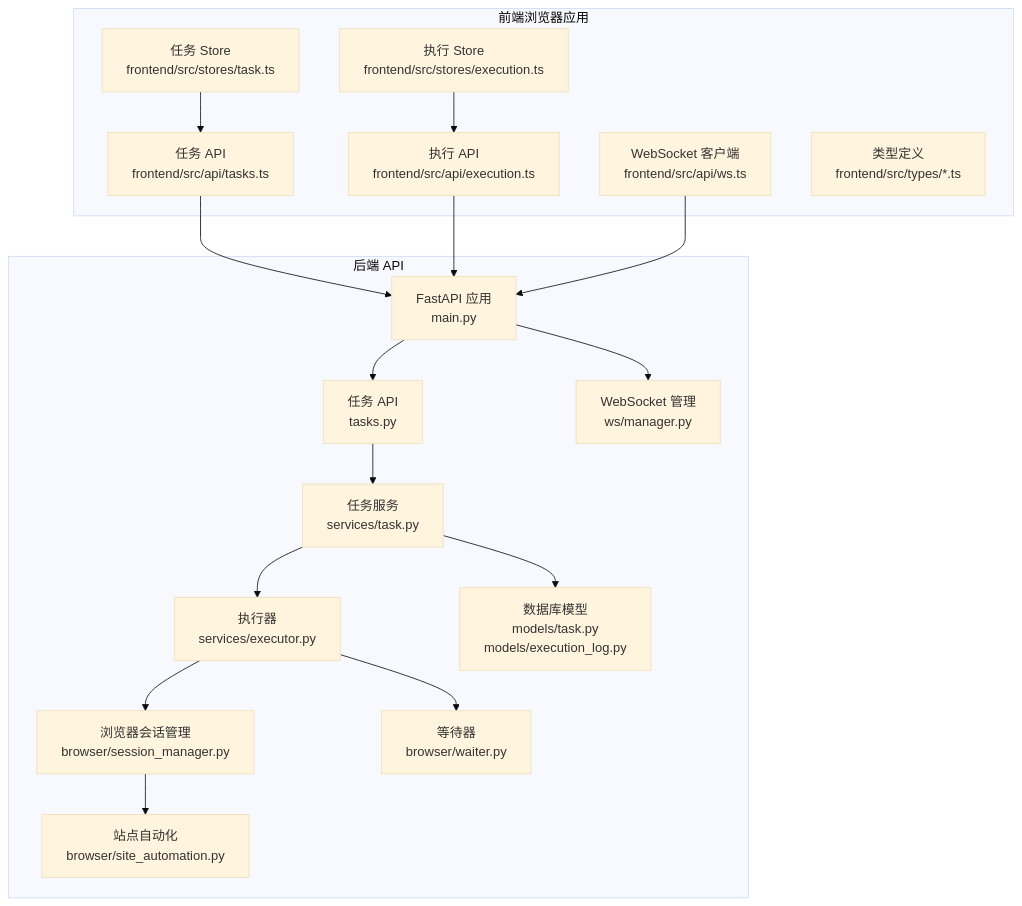
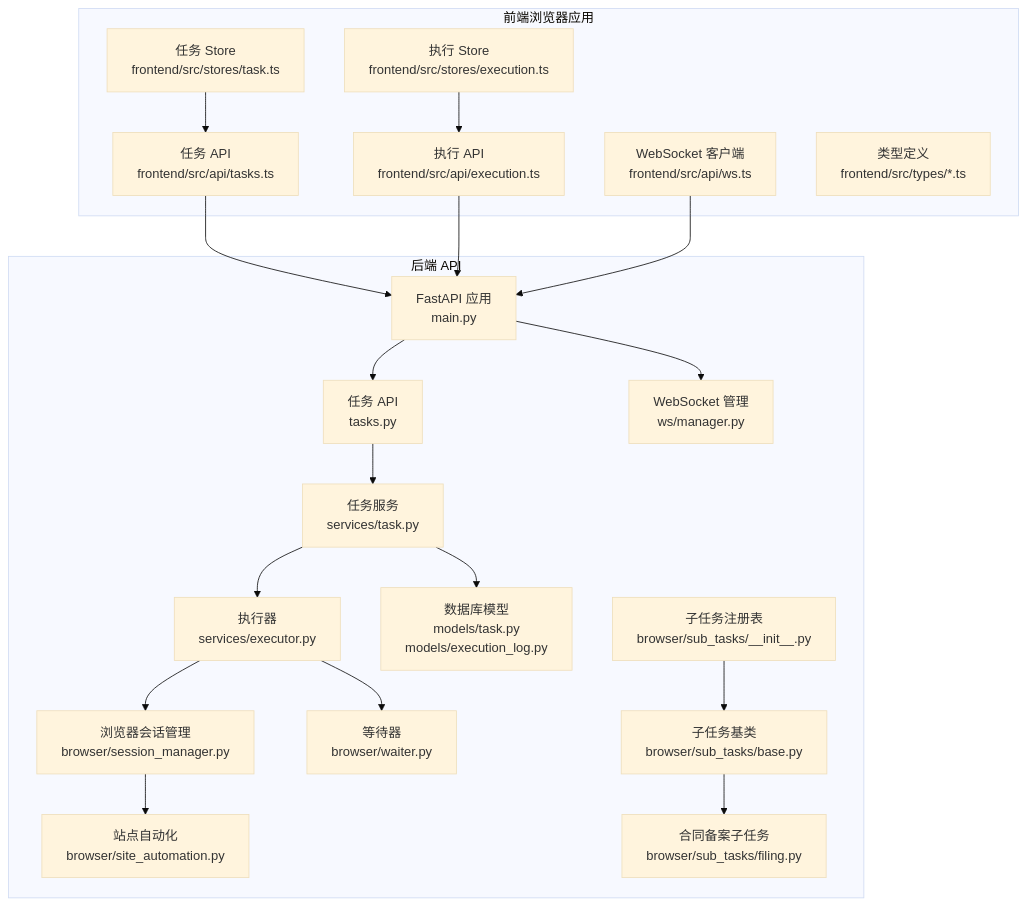
The first of 10 diagrams in .qoder/repowiki/zh/content/后端服务架构/任务管理系统.md (onebody/ccclubs_AI_RPA), drawn with Mermaid (base theme) before and after one commit. The commit also changed other lines of this file and 50 other files, not shown here.

Commit message:
fix: 修复 WebSocket 广播可靠性 - 增加错误日志和临时错误容错

````diff
--- a/.qoder/repowiki/zh/content/后端服务架构/任务管理系统.md
+++ b/.qoder/repowiki/zh/content/后端服务架构/任务管理系统.md
@@ -43,32 +57,36 @@
 ```mermaid
 graph TB
 subgraph "后端 API"
 A["FastAPI 应用<br/>main.py"]
 B["任务 API<br/>tasks.py"]
 C["任务服务<br/>services/task.py"]
 D["执行器<br/>services/executor.py"]
 E["浏览器会话管理<br/>browser/session_manager.py"]
 F["站点自动化<br/>browser/site_automation.py"]
 G["等待器<br/>browser/waiter.py"]
 H["WebSocket 管理<br/>ws/manager.py"]
 I["数据库模型<br/>models/task.py<br/>models/execution_log.py"]
+J["子任务注册表<br/>browser/sub_tasks/__init__.py"]
+K["子任务基类<br/>browser/sub_tasks/base.py"]
+L["合同备案子任务<br/>browser/sub_tasks/filing.py"]
 end
 subgraph "前端浏览器应用"
-J["任务 Store<br/>frontend/src/stores/task.ts"]
-K["执行 Store<br/>frontend/src/stores/execution.ts"]
-L["任务 API<br/>frontend/src/api/tasks.ts"]
-M["执行 API<br/>frontend/src/api/execution.ts"]
-N["WebSocket 客户端<br/>frontend/src/api/ws.ts"]
-O["类型定义<br/>frontend/src/types/*.ts"]
+M["任务 Store<br/>frontend/src/stores/task.ts"]
+N["执行 Store<br/>frontend/src/stores/execution.ts"]
+O["任务 API<br/>frontend/src/api/tasks.ts"]
+P["执行 API<br/>frontend/src/api/execution.ts"]
+Q["WebSocket 客户端<br/>frontend/src/api/ws.ts"]
+R["类型定义<br/>frontend/src/types/*.ts"]
 end
 A --> B --> C --> D
 D --> E --> F
 D --> G
 A --> H
 C --> I
-J --> L
-K --> M
-L --> A
-M --> A
-N --> A
+J --> K --> L
+M --> O
+N --> P
+O --> A
+P --> A
+Q --> A
 ```
````
